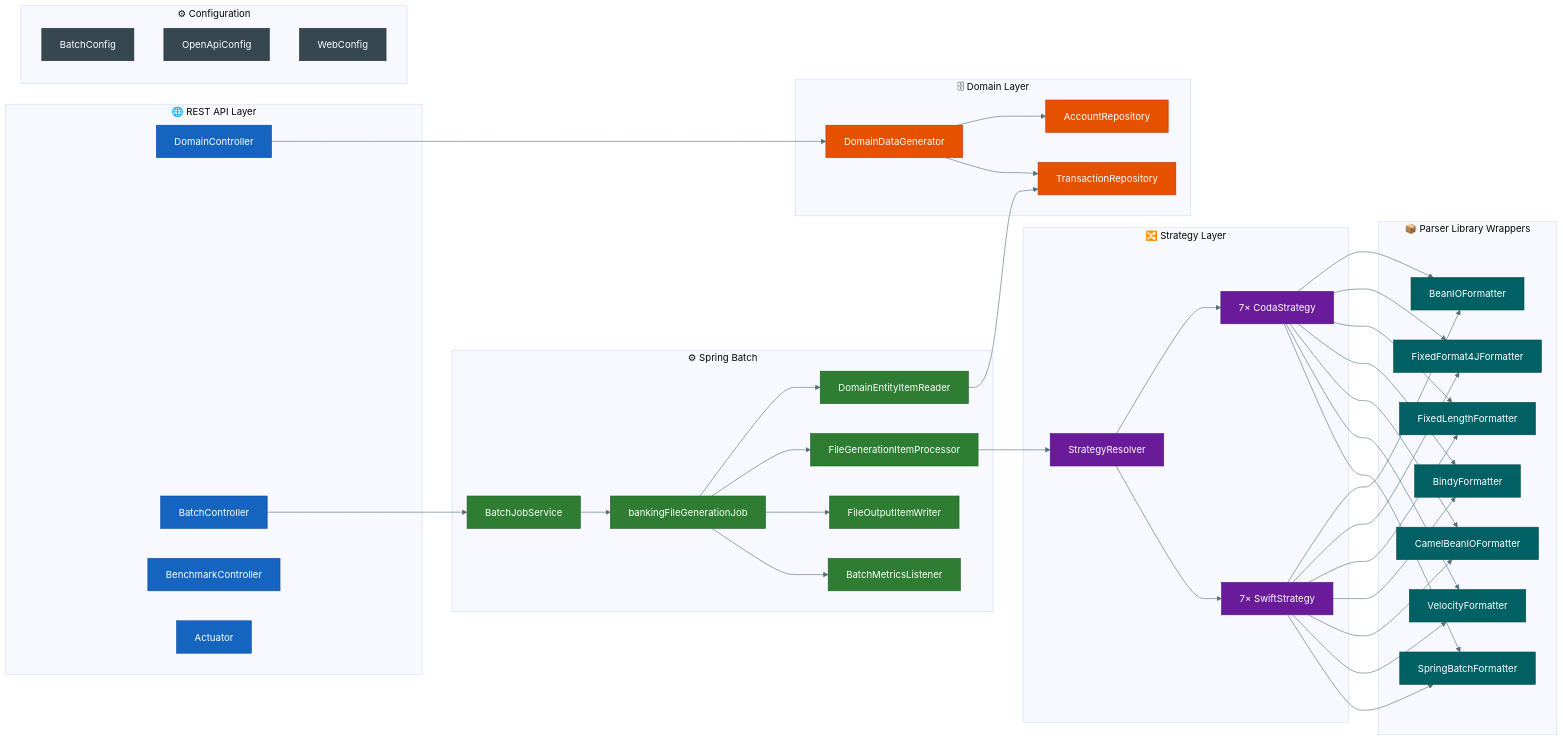
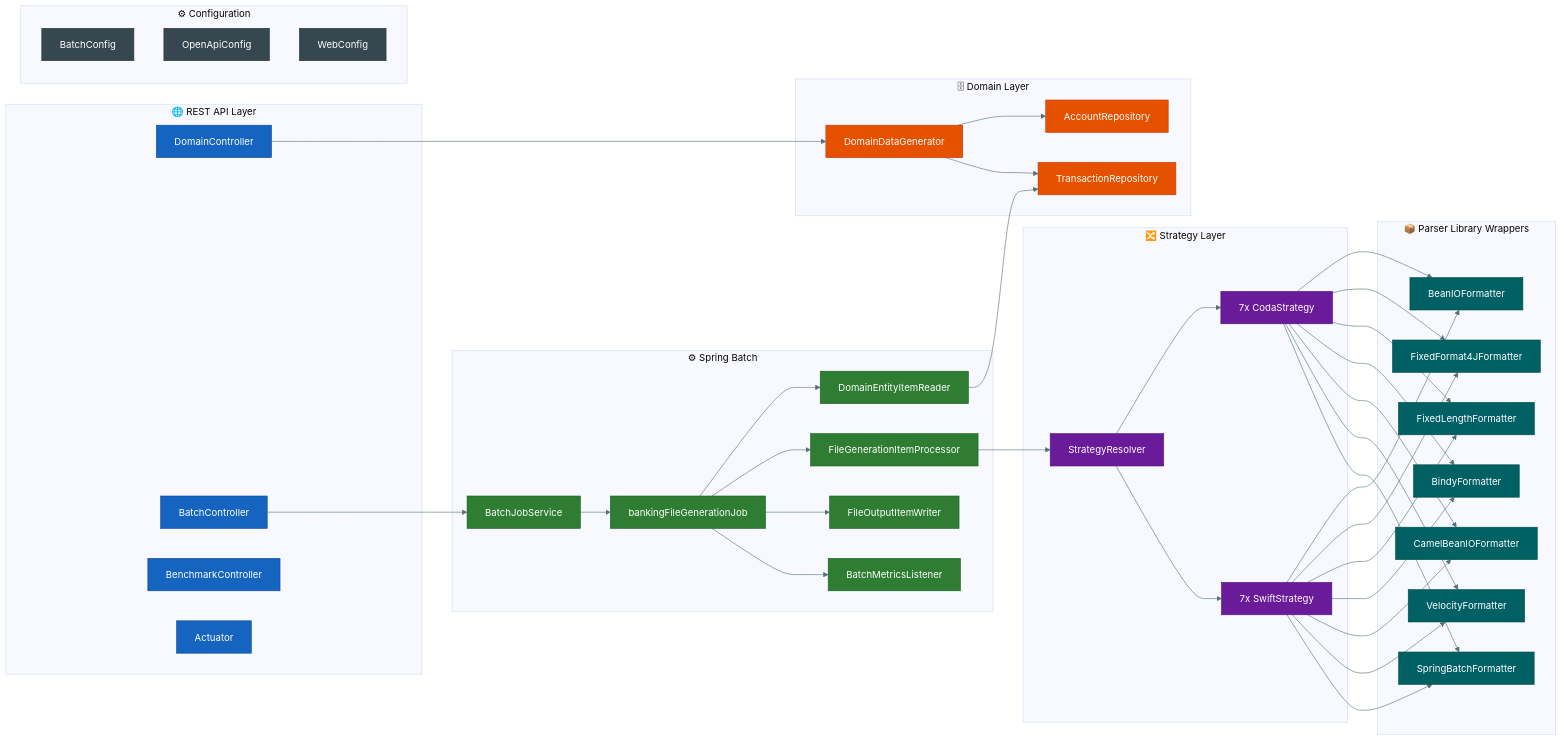
One commit to wallaceespindola/fixed-length-converters changed the diagram in docs/diagrams/component-diagram.mmd. Above: the diagram before and after it, drawn with Mermaid. The commit also changed 3 other files, not shown here.

Commit message:
fix(diagrams): resolve Mermaid parse errors in architecture, benchmark and deployment diagrams

```diff
--- a/docs/diagrams/component-diagram.mmd
+++ b/docs/diagrams/component-diagram.mmd
@@ -1,75 +1,87 @@
-%%{init: {'theme': 'base', 'themeVariables': {'lineColor': '#546e7a', 'edgeLabelBackground': '#eceff1'}}}%%
+%%{init: {'theme': 'base', 'themeVariables': {'lineColor': '#546e7a'}}}%%
 graph LR
     classDef apiStyle      fill:#1565c0,stroke:#0d47a1,color:#fff
     classDef batchStyle    fill:#2e7d32,stroke:#1b5e20,color:#fff
     classDef strategyStyle fill:#6a1b9a,stroke:#4a148c,color:#fff
     classDef parserStyle   fill:#006064,stroke:#004d40,color:#fff
     classDef domainStyle   fill:#e65100,stroke:#bf360c,color:#fff
     classDef configStyle   fill:#37474f,stroke:#263238,color:#fff
 
-    subgraph API["🌐  REST API Layer"]
+    subgraph API["🌐 REST API Layer"]
         DC[DomainController]
         BC[BatchController]
         BNC[BenchmarkController]
         ACT[Actuator]
     end
 
-    subgraph Batch["⚙  Spring Batch"]
+    subgraph Batch["⚙ Spring Batch"]
         JS[BatchJobService]
         JOB[bankingFileGenerationJob]
         IR[DomainEntityItemReader]
         IP[FileGenerationItemProcessor]
         IW[FileOutputItemWriter]
         BML[BatchMetricsListener]
     end
 
-    subgraph Strategy["🔀  Strategy Layer"]
+    subgraph Strategy["🔀 Strategy Layer"]
         SR[StrategyResolver]
-        CS["7× CodaStrategy"]
-        SS["7× SwiftStrategy"]
+        CS["7x CodaStrategy"]
+        SS["7x SwiftStrategy"]
     end
 
-    subgraph Parser["📦  Parser Library Wrappers"]
+    subgraph Parser["📦 Parser Library Wrappers"]
         BIO[BeanIOFormatter]
         FF4J[FixedFormat4JFormatter]
         VL[FixedLengthFormatter]
         BINDY[BindyFormatter]
         CBIO[CamelBeanIOFormatter]
         VEL[VelocityFormatter]
         SBF[SpringBatchFormatter]
     end
 
-    subgraph Domain["🗄  Domain Layer"]
+    subgraph Domain["🗄 Domain Layer"]
         DDG[DomainDataGenerator]
         AR[AccountRepository]
         TR[TransactionRepository]
     end
 
-    subgraph Config["⚙  Configuration"]
+    subgraph Config["⚙ Configuration"]
         BCFG[BatchConfig]
         OAC[OpenApiConfig]
         WC[WebConfig]
     end
 
-    DC  --> DDG
-    BC  --> JS
-    JS  --> JOB
+    DC --> DDG
+    BC --> JS
+    JS --> JOB
     JOB --> IR
     JOB --> IP
     JOB --> IW
     JOB --> BML
-    IP  --> SR
-    SR  --> CS
-    SR  --> SS
-    CS  --> BIO & FF4J & VL & BINDY & CBIO & VEL & SBF
-    SS  --> BIO & FF4J & VL & BINDY & CBIO & VEL & SBF
-    IR  --> TR
+    IP --> SR
+    SR --> CS
+    SR --> SS
+    CS --> BIO
+    CS --> FF4J
+    CS --> VL
+    CS --> BINDY
+    CS --> CBIO
+    CS --> VEL
+    CS --> SBF
+    SS --> BIO
+    SS --> FF4J
+    SS --> VL
+    SS --> BINDY
+    SS --> CBIO
+    SS --> VEL
+    SS --> SBF
+    IR --> TR
     DDG --> AR
     DDG --> TR
 
     class DC,BC,BNC,ACT apiStyle
     class JS,JOB,IR,IP,IW,BML batchStyle
     class SR,CS,SS strategyStyle
     class BIO,FF4J,VL,BINDY,CBIO,VEL,SBF parserStyle
     class DDG,AR,TR domainStyle
     class BCFG,OAC,WC configStyle
```
